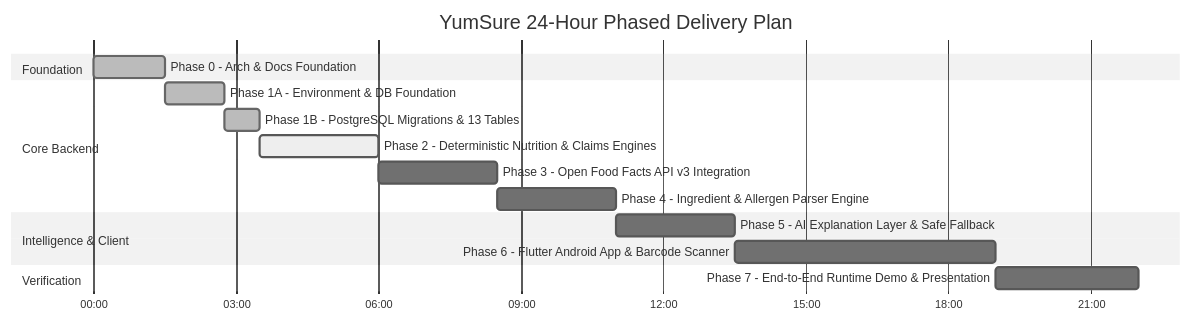
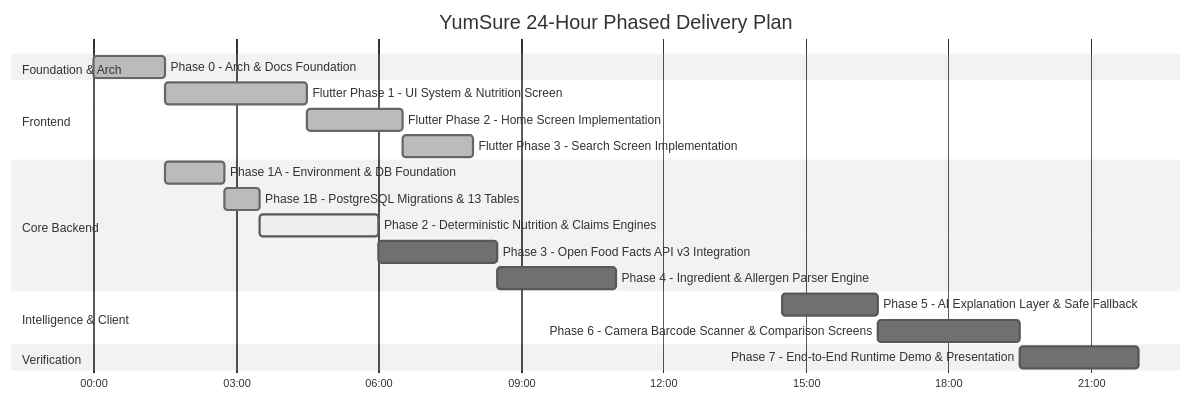
The diagram in IMPLEMENTATION_PROGRESS.md (college-hack24-nov26/hack-sudo-chaos), drawn with Mermaid (neutral theme) before and after one commit. The commit also changed other lines of this file and 158 other files, not shown here.

Commit message:
feat: complete Milestone 2B Home visual reconstruction and Milestone 3 Search screen implementation

````diff
--- a/IMPLEMENTATION_PROGRESS.md
+++ b/IMPLEMENTATION_PROGRESS.md
@@ -9,19 +9,23 @@
 ```mermaid
 gantt
     title YumSure 24-Hour Phased Delivery Plan
     dateFormat  HH:mm
     axisFormat  %H:%M
-    section Foundation
+    section Foundation & Arch
     Phase 0 - Arch & Docs Foundation :done, p0, 00:00, 01:30
+    section Frontend
+    Flutter Phase 1 - UI System & Nutrition Screen :done, fp1, 01:30, 04:30
+    Flutter Phase 2 - Home Screen Implementation :done, fp2, 04:30, 06:30
+    Flutter Phase 3 - Search Screen Implementation :done, fp3, 06:30, 08:00
     section Core Backend
     Phase 1A - Environment & DB Foundation :done, p1a, 01:30, 02:45
     Phase 1B - PostgreSQL Migrations & 13 Tables :done, p1b, 02:45, 03:30
     Phase 2 - Deterministic Nutrition & Claims Engines :active, p2, 03:30, 06:00
     Phase 3 - Open Food Facts API v3 Integration :p3, 06:00, 08:30
     Phase 4 - Ingredient & Allergen Parser Engine :p4, 08:30, 11:00
     section Intelligence & Client
-    Phase 5 - AI Explanation Layer & Safe Fallback :p5, 11:00, 13:30
-    Phase 6 - Flutter Android App & Barcode Scanner :p6, 13:30, 19:00
+    Phase 5 - AI Explanation Layer & Safe Fallback :p5, 14:30, 16:30
+    Phase 6 - Camera Barcode Scanner & Comparison Screens :p6, 16:30, 19:30
     section Verification
-    Phase 7 - End-to-End Runtime Demo & Presentation :p7, 19:00, 22:00
+    Phase 7 - End-to-End Runtime Demo & Presentation :p7, 19:30, 22:00
 ```
````
